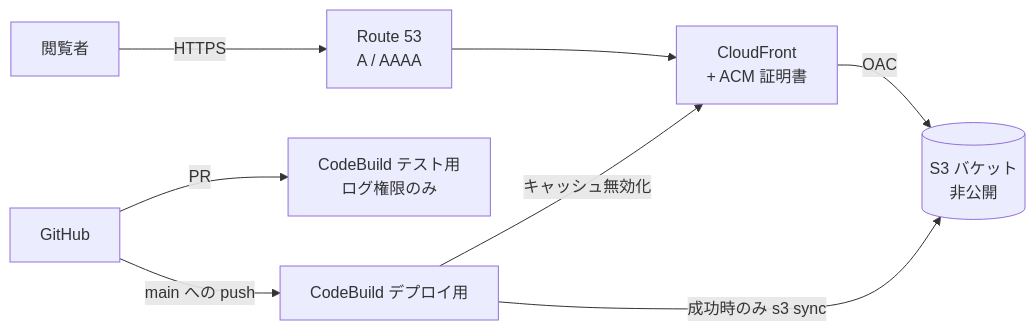
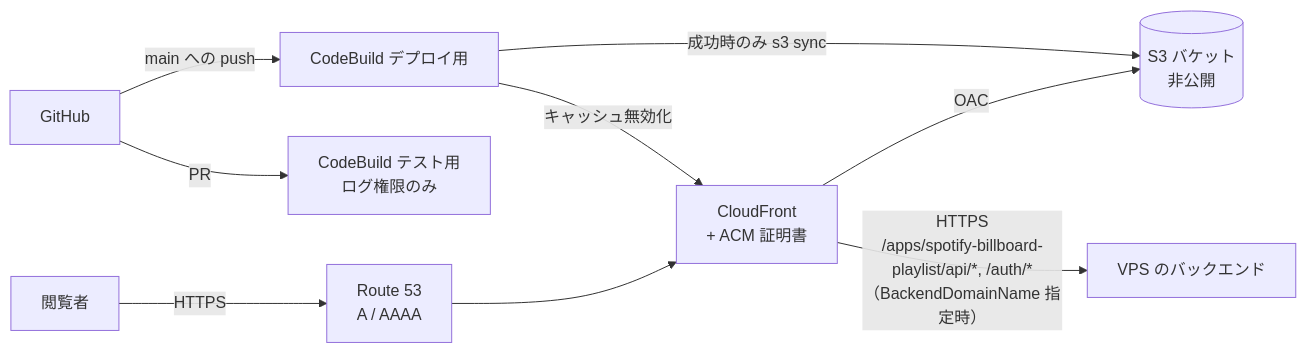
Before and after one commit to tetsuya111/portfolio-site: the diagram in portfolio-site/infra/README.md, drawn with Mermaid. The commit also changed other lines of this file and 1 other file, not shown here.

Commit message:
docs(spotify): ポートフォリオサイトで公開する手順を README に書く

````diff
--- a/portfolio-site/infra/README.md
+++ b/portfolio-site/infra/README.md
@@ -7,9 +7,10 @@
 ```mermaid
 flowchart LR
   User[閲覧者] -- HTTPS --> R53[Route 53<br/>A / AAAA] --> CF[CloudFront<br/>+ ACM 証明書]
   CF -- OAC --> S3[(S3 バケット<br/>非公開)]
+  CF -- "HTTPS<br/>/apps/spotify-billboard-playlist/api/*, /auth/*<br/>（BackendDomainName 指定時）" --> VPS[VPS のバックエンド]
   GH[GitHub] -- PR --> CBT[CodeBuild テスト用<br/>ログ権限のみ]
   GH -- main への push --> CB[CodeBuild デプロイ用]
   CB -- 成功時のみ s3 sync --> S3
   CB -- キャッシュ無効化 --> CF
 ```
````
